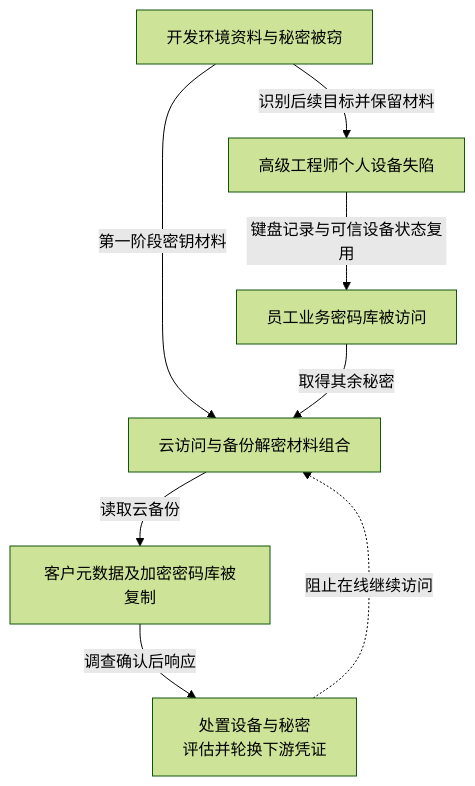
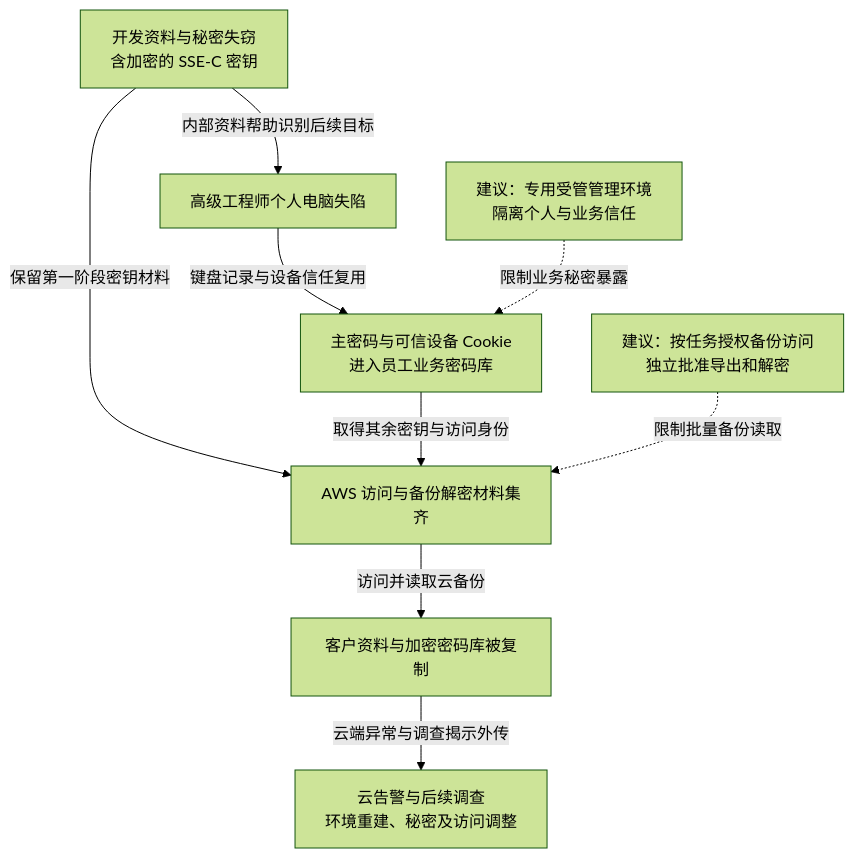
One commit to FeeiCN/FEEI.CN changed the diagram in docs/01-网络安全/01-网络空间安全/01-安全威胁/01-历史攻击事件/2022-LastPass备份与密码库失窃事件分析.md. Above: the diagram before and after it, drawn with Mermaid (forest theme). The commit also changed other lines of this file and 21 other files, not shown here.

````diff
--- a/docs/01-网络安全/01-网络空间安全/01-安全威胁/01-历史攻击事件/2022-LastPass备份与密码库失窃事件分析.md
+++ b/docs/01-网络安全/01-网络空间安全/01-安全威胁/01-历史攻击事件/2022-LastPass备份与密码库失窃事件分析.md
@@ -38,14 +48,24 @@
 ```mermaid
 flowchart TB
-  accTitle: 分散的秘密怎样被同一攻击者组合
-  accDescr: 攻击者先窃取开发资料与部分秘密，后控制高级工程师个人电脑并借主密码和可信设备状态访问员工密码库，组合云密钥读取备份。客户密码库仍有用户主密码派生的独立加密，需要单独评估离线风险。
-  a["开发环境资料与秘密被窃"] -->|识别后续目标并保留材料| b["高级工程师个人设备失陷"]
-  b -->|键盘记录与可信设备状态复用| c["员工业务密码库被访问"]
-  a -->|第一阶段密钥材料| d["云访问与备份解密材料组合"]
-  c -->|取得其余秘密| d
-  d -->|读取云备份| e["客户元数据及加密密码库被复制"]
-  e -->|调查确认后响应| r["处置设备与秘密<br/>评估并轮换下游凭证"]
-  r -. 阻止在线继续访问 .-> d
-  class b,c,d,e main
-  class r response
+  accTitle: 分开保存的秘密怎样被攻击者逐步集齐
+  accDescr: 第一阶段取得开发资料和加密的 SSE-C 密钥，第二阶段控制个人电脑，利用主密码和可信设备 Cookie 进入员工业务密码库，取得云访问及其余解密材料后外传备份。用户密码库仍有独立加密层；虚线为建议。
+  first["开发资料与秘密失窃<br/>含加密的 SSE-C 密钥"]
+  device["高级工程师个人电脑失陷"]
+  vault["主密码与可信设备 Cookie<br/>进入员工业务密码库"]
+  keys["AWS 访问与备份解密材料集齐"]
+  copy["客户资料与加密密码库被复制"]
+  response["云告警与后续调查<br/>环境重建、秘密及访问调整"]
+  deviceControl["建议：专用受管管理环境<br/>隔离个人与业务信任"]
+  backupControl["建议：按任务授权备份访问<br/>独立批准导出和解密"]
+  first -->|内部资料帮助识别后续目标| device
+  device -->|键盘记录与设备信任复用| vault
+  first -->|保留第一阶段密钥材料| keys
+  vault -->|取得其余密钥与访问身份| keys
+  keys -->|访问并读取云备份| copy
+  copy -->|云端异常与调查揭示外传| response
+  deviceControl -. 限制业务秘密暴露 .-> vault
+  backupControl -. 限制批量备份读取 .-> keys
+  class device,vault,keys,copy main
+  class response response
+  class deviceControl,backupControl note
 ```
````
